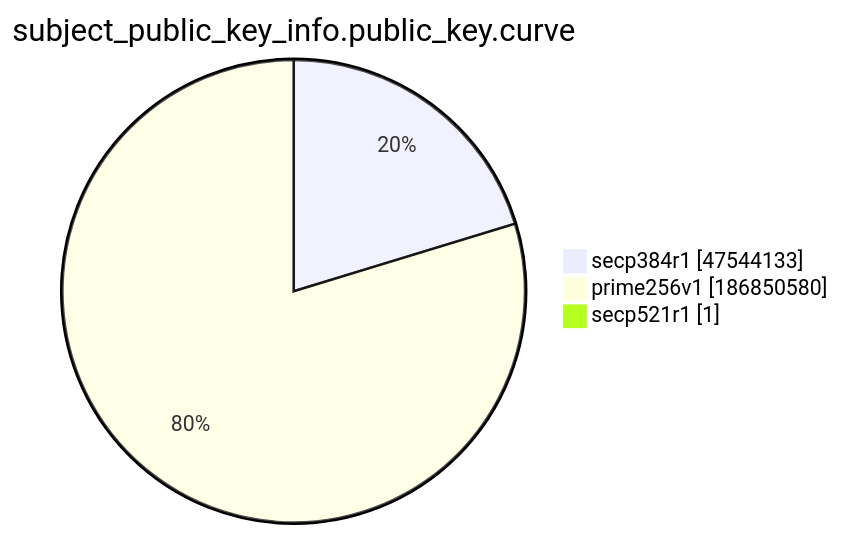
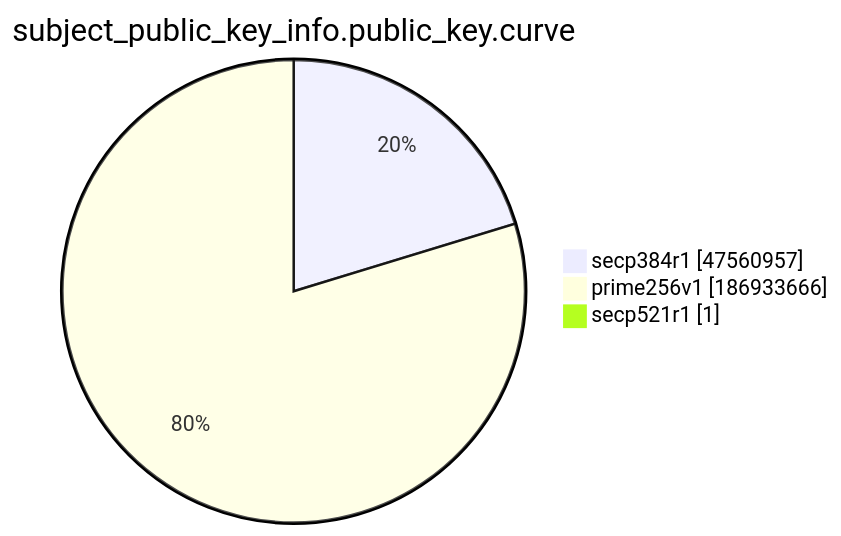
The ninth of 15 diagrams in xenon2022/README.md (christiankrug/ctmonitor_visualization), drawn with Mermaid before and after one commit. The commit also changed other lines of this file, not shown here.

````diff
--- a/xenon2022/README.md
+++ b/xenon2022/README.md
@@ -2874,7 +2874,7 @@
 ```mermaid
 pie showData
 title subject_public_key_info.public_key.curve
-"secp384r1" :47544133
-"prime256v1" :186850580
+"secp384r1" :47560957
+"prime256v1" :186933666
 "secp521r1" :1
 ```
````
